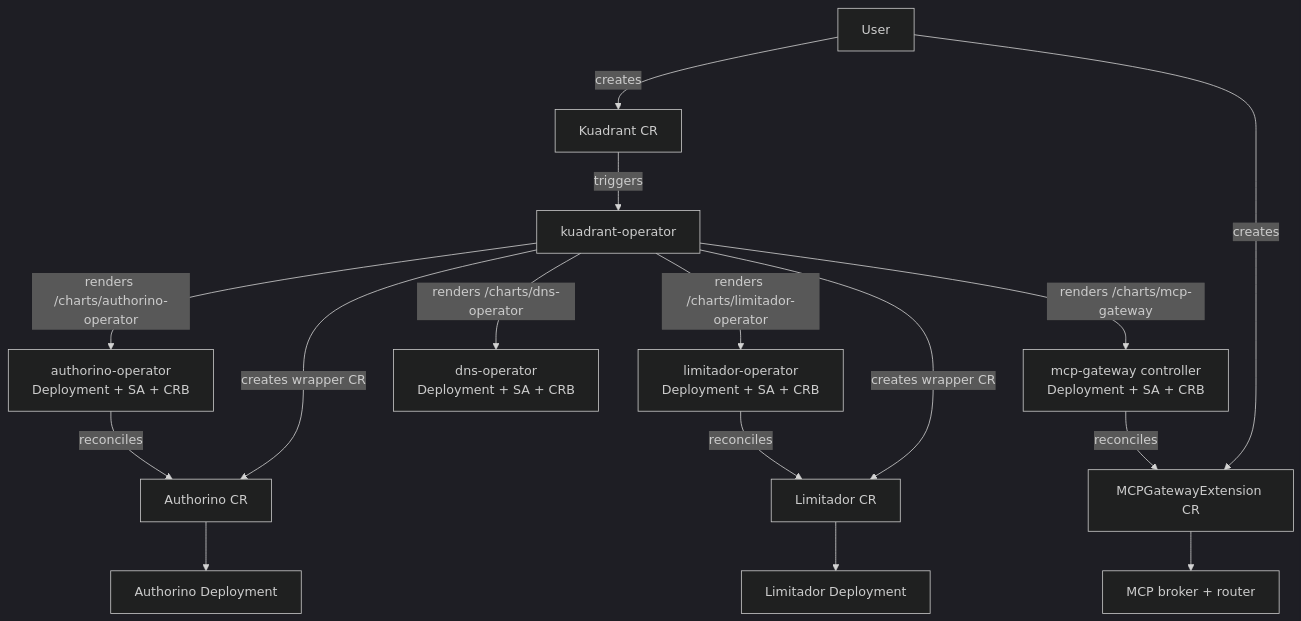
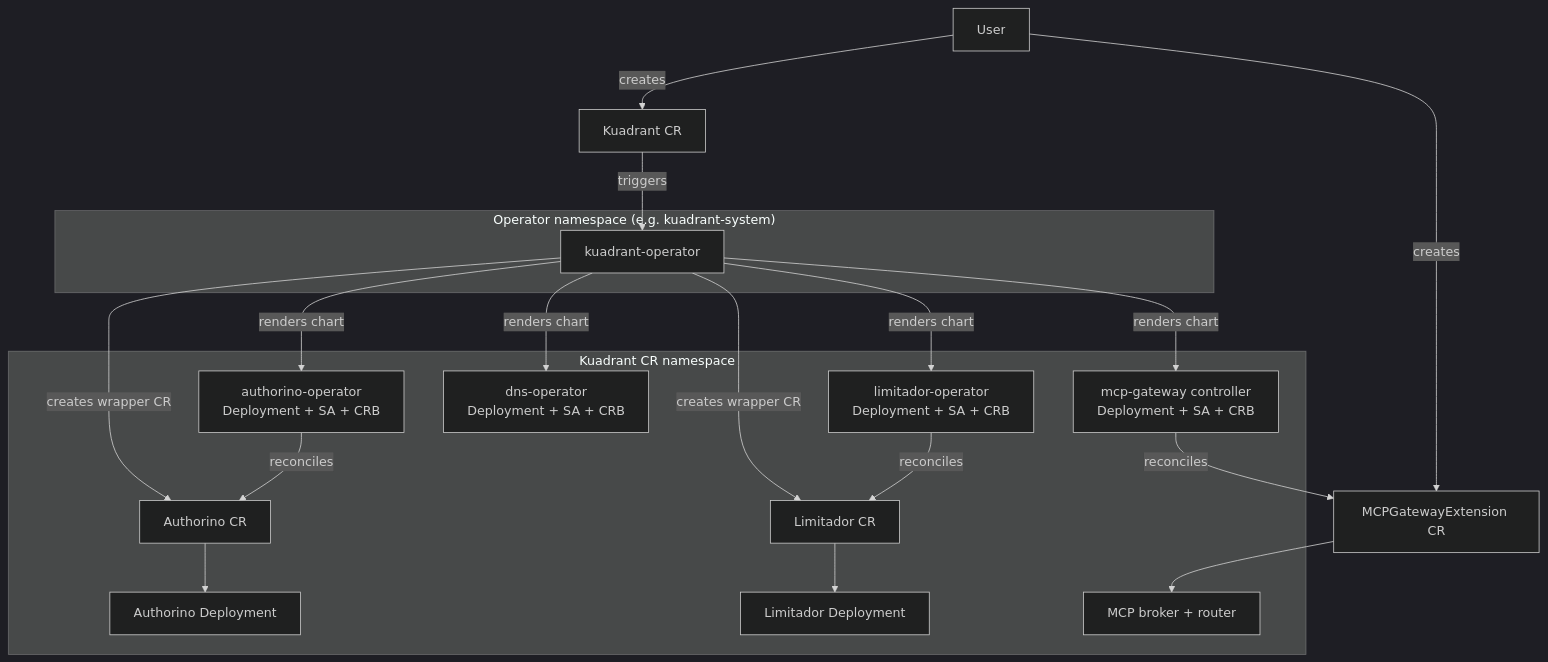
The fourth of 6 diagrams in rfcs/0019-olmv1-operator-consolidation/architecture-diagrams.md (Kuadrant/architecture), drawn with Mermaid (dark theme) before and after one commit. The commit also changed 1 other file, not shown here.

Commit message:
docs: document child controller namespace behaviour
Child controllers deploy into the Kuadrant CR's namespace,
not the operator's namespace. Note observability implications.

````diff
--- a/rfcs/0019-olmv1-operator-consolidation/architecture-diagrams.md
+++ b/rfcs/0019-olmv1-operator-consolidation/architecture-diagrams.md
@@ -100,21 +100,38 @@
 ```mermaid
 graph TB
     USER["User"] -->|"creates"| KCR["Kuadrant CR"]
     USER -->|"creates"| MGCR["MCPGatewayExtension CR"]
-    KCR -->|"triggers"| KOP["kuadrant-operator"]
 
-    KOP -->|"renders /charts/authorino-operator"| AO["authorino-operator<br/>Deployment + SA + CRB"]
-    KOP -->|"renders /charts/limitador-operator"| LO["limitador-operator<br/>Deployment + SA + CRB"]
-    KOP -->|"renders /charts/dns-operator"| DO["dns-operator<br/>Deployment + SA + CRB"]
-    KOP -->|"renders /charts/mcp-gateway"| MG["mcp-gateway controller<br/>Deployment + SA + CRB"]
-    KOP -->|"creates wrapper CR"| ACR["Authorino CR"]
-    KOP -->|"creates wrapper CR"| LCR["Limitador CR"]
+    subgraph operator-ns["Operator namespace (e.g. kuadrant-system)"]
+        KOP["kuadrant-operator"]
+    end
+
+    KCR -->|"triggers"| KOP
+
+    subgraph kuadrant-ns["Kuadrant CR namespace"]
+        AO["authorino-operator<br/>Deployment + SA + CRB"]
+        LO["limitador-operator<br/>Deployment + SA + CRB"]
+        DO["dns-operator<br/>Deployment + SA + CRB"]
+        MG["mcp-gateway controller<br/>Deployment + SA + CRB"]
+        ACR["Authorino CR"]
+        LCR["Limitador CR"]
+        AW["Authorino Deployment"]
+        LW["Limitador Deployment"]
+        MGW["MCP broker + router"]
+    end
+
+    KOP -->|"renders chart"| AO
+    KOP -->|"renders chart"| LO
+    KOP -->|"renders chart"| DO
+    KOP -->|"renders chart"| MG
+    KOP -->|"creates wrapper CR"| ACR
+    KOP -->|"creates wrapper CR"| LCR
 
     AO -->|"reconciles"| ACR
     LO -->|"reconciles"| LCR
     MG -->|"reconciles"| MGCR
 
-    ACR --> AW["Authorino Deployment"]
-    LCR --> LW["Limitador Deployment"]
-    MGCR --> MGW["MCP broker + router"]
+    ACR --> AW
+    LCR --> LW
+    MGCR --> MGW
 ```
````
